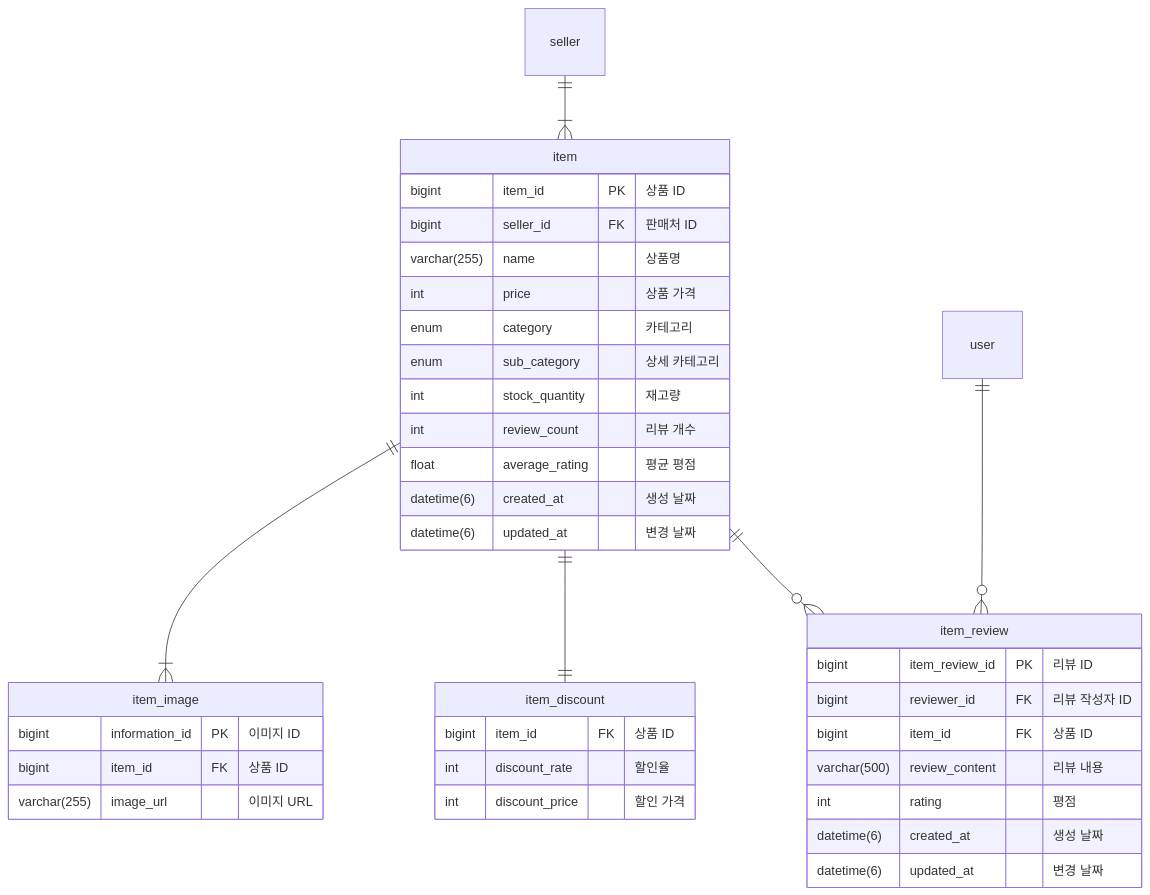
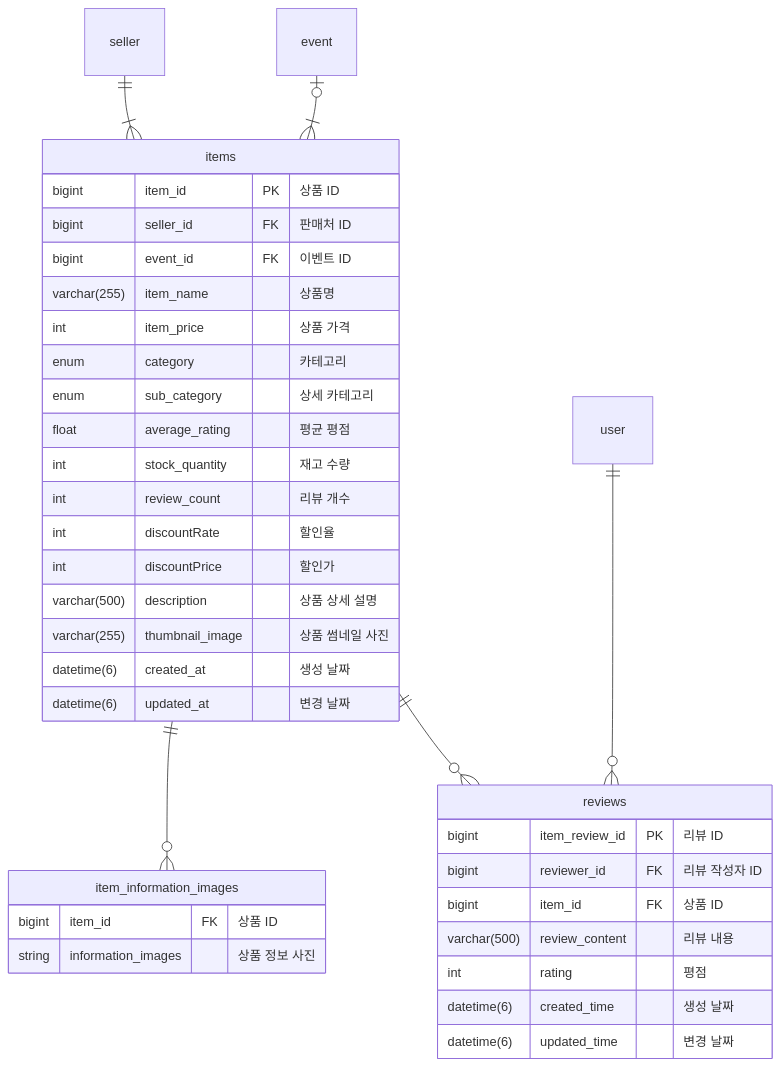
One commit to kea-dpang/docs changed the fifth of 9 diagrams in Erd.md. Above: the diagram before and after it, drawn with Mermaid. The commit also changed other lines of this file and 3 other files, not shown here.

````diff
--- a/Erd.md
+++ b/Erd.md
@@ -225,44 +230,42 @@
 ```mermaid
 erDiagram
-    item {
+    items {
         bigint item_id PK "상품 ID"
         bigint seller_id FK "판매처 ID"
-        varchar(255) name "상품명"
-        int price "상품 가격"
+        bigint event_id FK "이벤트 ID"
+        varchar(255) item_name "상품명"
+        int item_price "상품 가격"
         enum category "카테고리"
         enum sub_category "상세 카테고리"
-        int stock_quantity "재고량"
+        float average_rating "평균 평점"
+        int stock_quantity "재고 수량"
         int review_count "리뷰 개수"
-        float average_rating "평균 평점"
+        int discountRate "할인율"
+        int discountPrice "할인가"
+        varchar(500) description "상품 상세 설명"
+        varchar(255) thumbnail_image "상품 썸네일 사진"
         datetime(6) created_at "생성 날짜"
         datetime(6) updated_at "변경 날짜"
     }
 
-    item_image {
-        bigint information_id PK "이미지 ID"
-        bigint item_id FK "상품 ID"
-        varchar(255) image_url "이미지 URL"
-    }
-
-    item_discount {
-        bigint item_id FK "상품 ID"
-        int discount_rate "할인율"
-        int discount_price "할인 가격"
-    }
-
-    item_review {
+    reviews {
         bigint item_review_id PK "리뷰 ID"
         bigint reviewer_id FK "리뷰 작성자 ID"
         bigint item_id FK "상품 ID"
         varchar(500) review_content "리뷰 내용"
         int rating "평점"
-        datetime(6) created_at "생성 날짜"
-        datetime(6) updated_at "변경 날짜"
+        datetime(6) created_time "생성 날짜"
+        datetime(6) updated_time "변경 날짜"
     }
 
-    item ||--|{ item_image: ""
-    item ||--|| item_discount: ""
-    item ||--o{ item_review: ""
-    seller ||--|{ item: ""
-    user ||--o{ item_review: ""
+    item_information_images {
+        bigint item_id FK "상품 ID"
+        string information_images "상품 정보 사진"
+    }
+
+    items ||--o{ item_information_images: ""
+    items ||--o{ reviews: ""
+    seller ||--|{ items: ""
+    event |o--|{ items: ""
+    user ||--o{ reviews: ""
 ```
````
